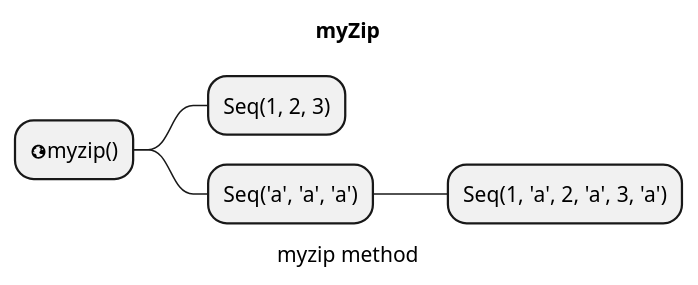
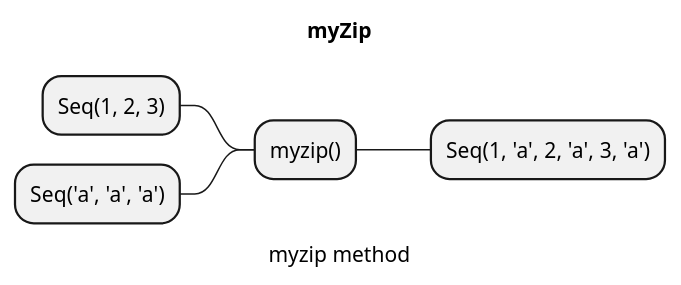
One commit to MateuszSab/my-zip changed the diagram in plan.puml. Above: the diagram before and after it, drawn with PlantUML.

```diff
--- a/plan.puml
+++ b/plan.puml
@@ -1,18 +1,13 @@
 @startmindmap
 
 caption myzip method
 title myZip
 
-* <&globe>myzip()
 
-** Seq(1, 2, 3)
+* myzip()
 
-** Seq('a', 'a', 'a')
-
-*** Seq(1, 'a', 2, 'a', 3, 'a')
-
-
-
-
+** Seq(1, 'a', 2, 'a', 3, 'a')
+-- Seq(1, 2, 3)
+-- Seq('a', 'a', 'a')
 
 @endmindmap
```
